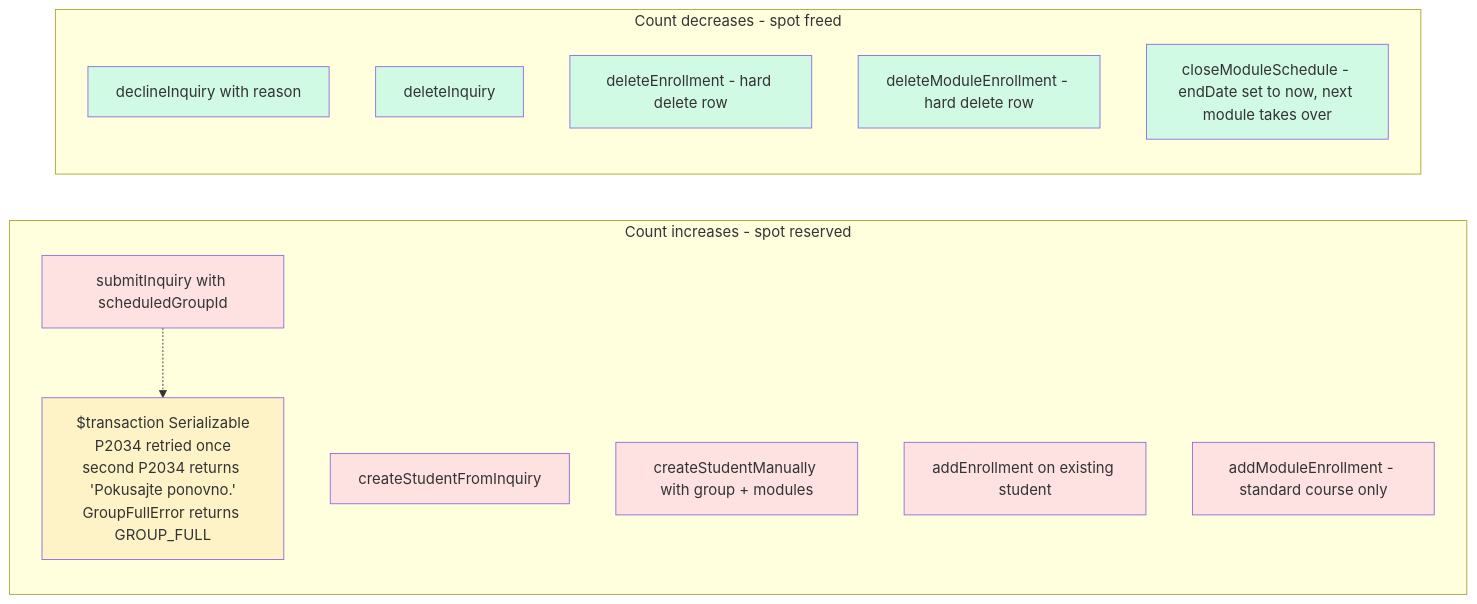
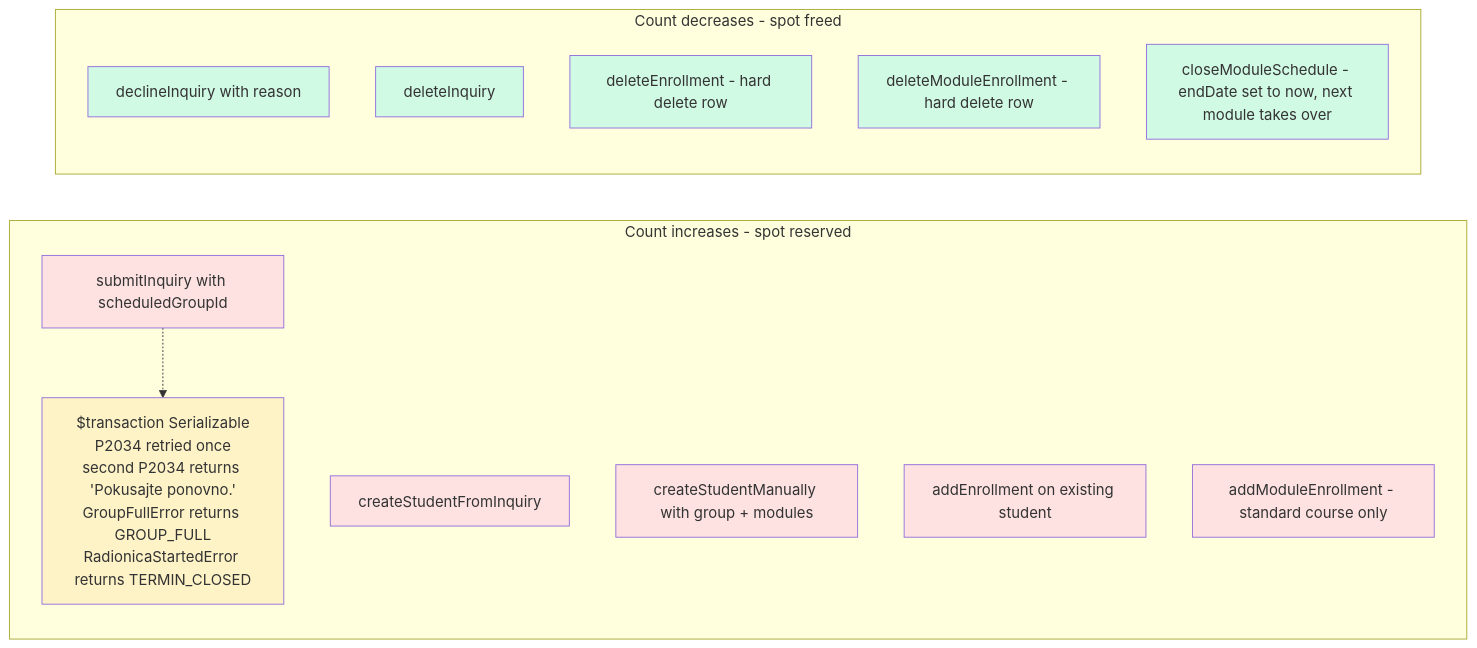
The fourth of 15 diagrams in docs/diagrams/enrollment-rules.md (jpucic00/inovatic), drawn with Mermaid before and after one commit. The commit also changed other lines of this file and 7 other files, not shown here.

````diff
--- a/docs/diagrams/enrollment-rules.md
+++ b/docs/diagrams/enrollment-rules.md
@@ -145,32 +152,32 @@
 ```mermaid
 flowchart LR
     subgraph "Count increases - spot reserved"
         R1[submitInquiry with scheduledGroupId]
         R2[createStudentFromInquiry]
         R3[createStudentManually with group + modules]
         R4[addEnrollment on existing student]
         R5[addModuleEnrollment - standard course only]
-        R1_TX["$transaction Serializable<br/>P2034 retried once<br/>second P2034 returns 'Pokusajte ponovno.'<br/>GroupFullError returns GROUP_FULL"]
+        R1_TX["$transaction Serializable<br/>P2034 retried once<br/>second P2034 returns 'Pokusajte ponovno.'<br/>GroupFullError returns GROUP_FULL<br/>RadionicaStartedError returns TERMIN_CLOSED"]
         R1 -.-> R1_TX
     end
 
     subgraph "Count decreases - spot freed"
         F1[declineInquiry with reason]
         F2[deleteInquiry]
         F3[deleteEnrollment - hard delete row]
         F4[deleteModuleEnrollment - hard delete row]
         F5["closeModuleSchedule - endDate set to now, next module takes over"]
     end
 
     style R1 fill:#fee2e2
     style R2 fill:#fee2e2
     style R3 fill:#fee2e2
     style R4 fill:#fee2e2
     style R5 fill:#fee2e2
     style R1_TX fill:#fef3c7
     style F1 fill:#d1fae5
     style F2 fill:#d1fae5
     style F3 fill:#d1fae5
     style F4 fill:#d1fae5
     style F5 fill:#d1fae5
 ```
````
